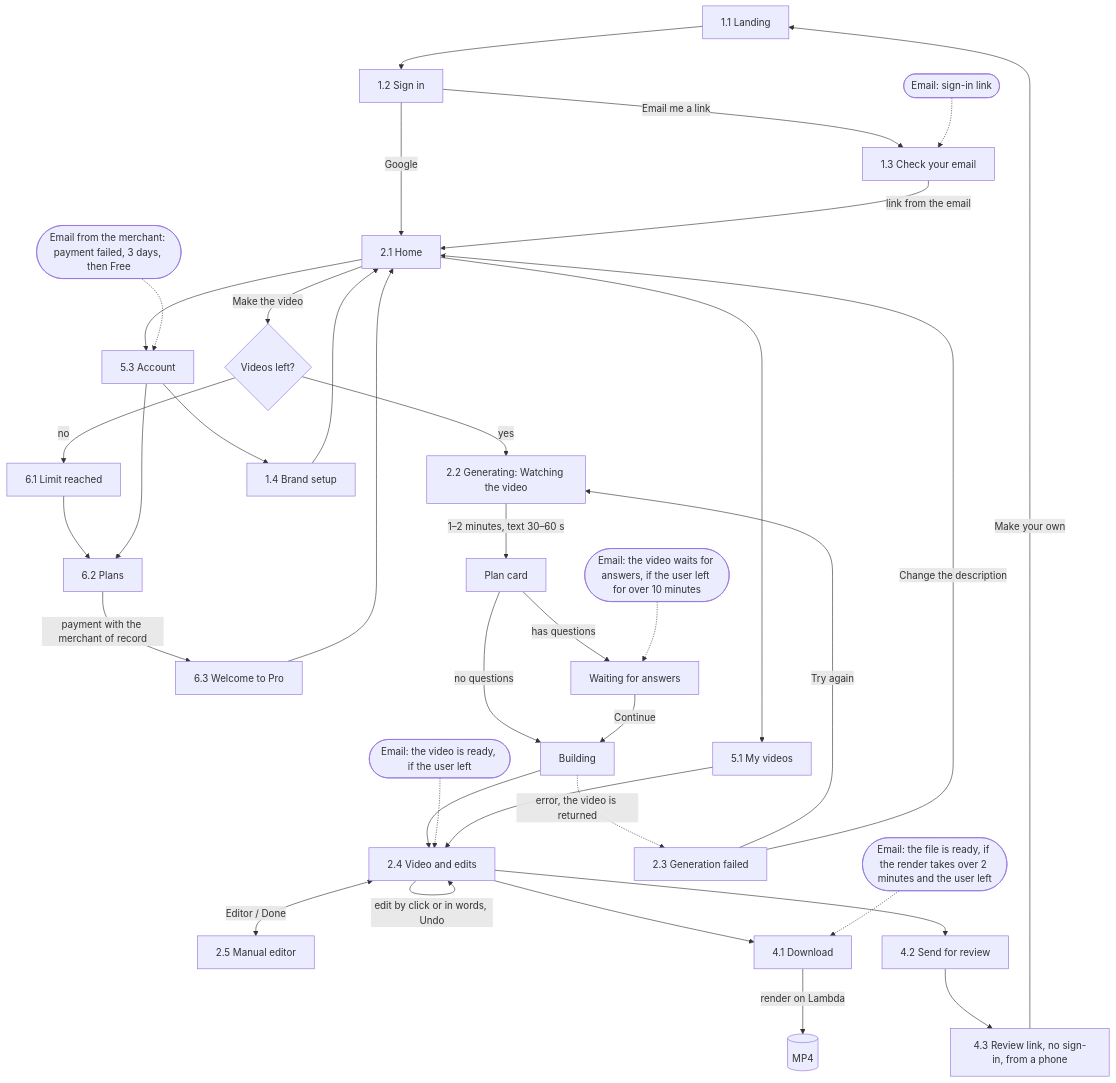
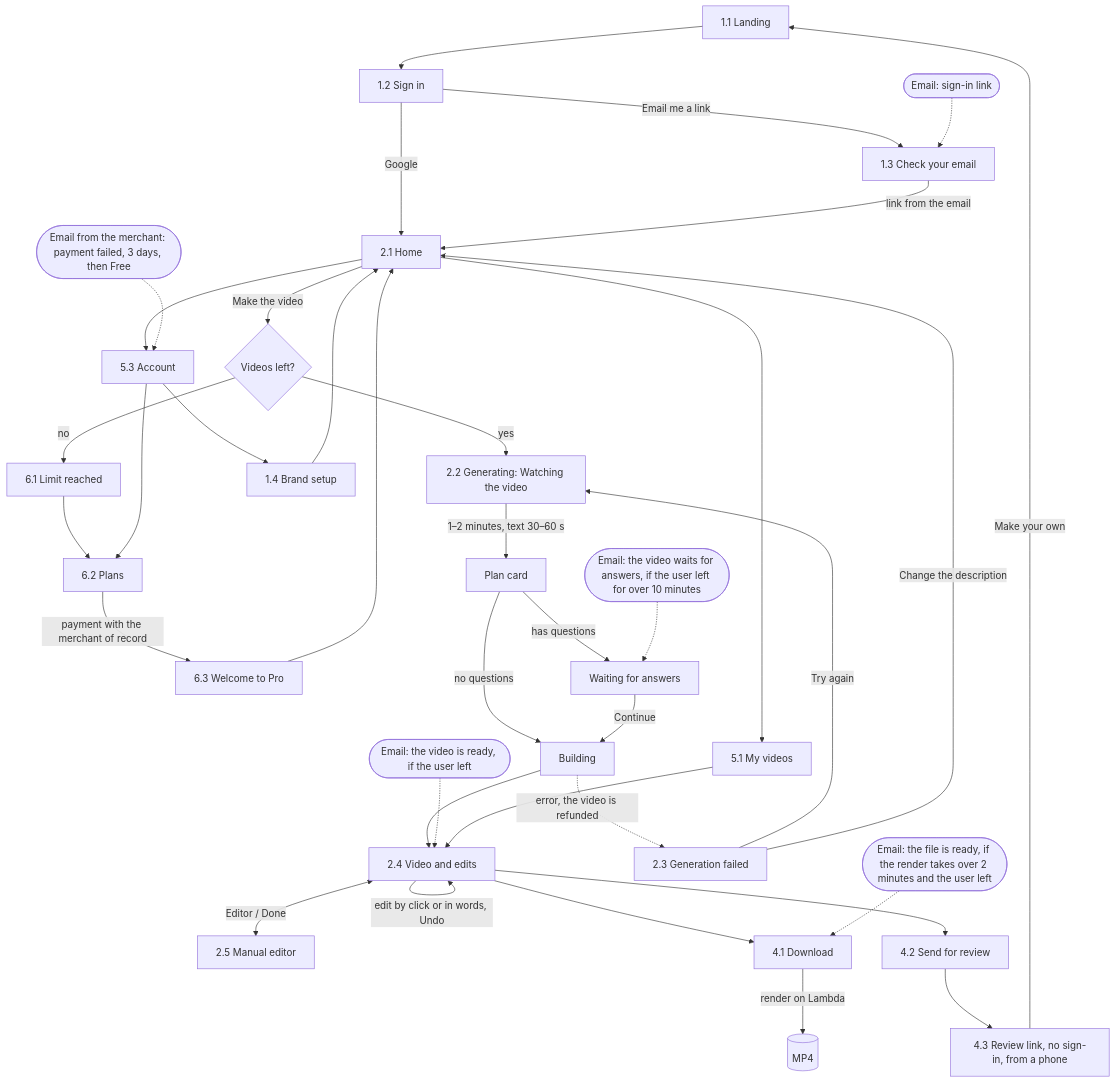
Before and after one commit to Ramil3107/saymo: the diagram in docs/user-flow.md, drawn with Mermaid. The commit also changed 1 other file, not shown here.

Commit message:
docs: translate the design spec to English

````diff
--- a/docs/user-flow.md
+++ b/docs/user-flow.md
@@ -5,36 +5,36 @@
 ```mermaid
 flowchart TD
   L[1.1 Landing] --> S[1.2 Sign in]
   S -->|Google| H[2.1 Home]
   S -->|Email me a link| CE[1.3 Check your email]
   M1([Email: sign-in link]) -.-> CE
   CE -->|link from the email| H
 
   H -->|Make the video| LIM{Videos left?}
   LIM -->|no| LR[6.1 Limit reached] --> P[6.2 Plans]
   P -->|payment with the merchant of record| W[6.3 Welcome to Pro] --> H
   LIM -->|yes| G[2.2 Generating: Watching the video]
   G -->|1–2 minutes, text 30–60 s| PC[Plan card]
   PC -->|no questions| B[Building]
   PC -->|has questions| Q[Waiting for answers]
   Q -->|Continue| B
   M2([Email: the video waits for answers, if the user left for over 10 minutes]) -.-> Q
   B --> R[2.4 Video and edits]
   M3([Email: the video is ready, if the user left]) -.-> R
-  B -.->|error, the video is returned| F[2.3 Generation failed]
+  B -.->|error, the video is refunded| F[2.3 Generation failed]
   F -->|Try again| G
   F -->|Change the description| H
 
   R -->|edit by click or in words, Undo| R
   R <-->|Editor / Done| ED[2.5 Manual editor]
   R --> DL[4.1 Download] -->|render on Lambda| MP4[(MP4)]
   M4([Email: the file is ready, if the render takes over 2 minutes and the user left]) -.-> DL
   R --> SR[4.2 Send for review] --> RV[4.3 Review link, no sign-in, from a phone]
   RV -->|Make your own| L
 
   H --> MV[5.1 My videos] --> R
   H --> AC[5.3 Account]
   AC --> BR[1.4 Brand setup] --> H
   AC --> P
   M5([Email from the merchant: payment failed, 3 days, then Free]) -.-> AC
 ```
````
